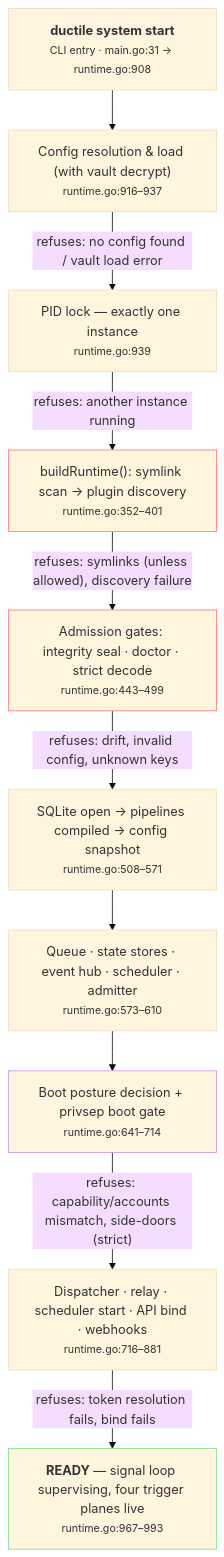
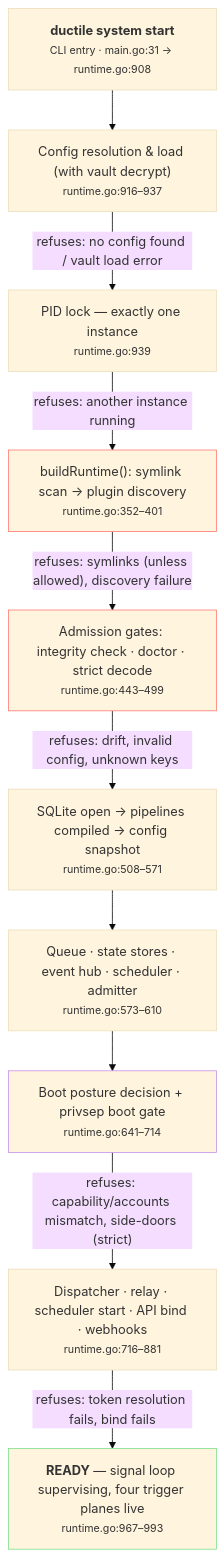
The diagram in docs/tutorials/boot-sequence.md (mattjoyce/ductile), drawn with Mermaid (base theme) before and after one commit. The commit also changed other lines of this file and 10 other files, not shown here.

````diff
--- a/docs/tutorials/boot-sequence.md
+++ b/docs/tutorials/boot-sequence.md
@@ -21,28 +21,28 @@
 ```mermaid
 flowchart TD
     A["<b>ductile system start</b><br/><small>CLI entry · main.go:31 → runtime.go:908</small>"]
     B["Config resolution & load (with vault decrypt)<br/><small>runtime.go:916–937</small>"]
     C["PID lock — exactly one instance<br/><small>runtime.go:939</small>"]
     D["buildRuntime(): symlink scan → plugin discovery<br/><small>runtime.go:352–401</small>"]
-    E["Admission gates: integrity seal · doctor · strict decode<br/><small>runtime.go:443–499</small>"]
+    E["Admission gates: integrity check · doctor · strict decode<br/><small>runtime.go:443–499</small>"]
     F["SQLite open → pipelines compiled → config snapshot<br/><small>runtime.go:508–571</small>"]
     G["Queue · state stores · event hub · scheduler · admitter<br/><small>runtime.go:573–610</small>"]
     H["Boot posture decision + privsep boot gate<br/><small>runtime.go:641–714</small>"]
     I["Dispatcher · relay · scheduler start · API bind · webhooks<br/><small>runtime.go:716–881</small>"]
     J["<b>READY</b> — signal loop supervising, four trigger planes live<br/><small>runtime.go:967–993</small>"]
 
     A --> B
     B -->|"refuses: no config found / vault load error"| C
     C -->|"refuses: another instance running"| D
     D -->|"refuses: symlinks (unless allowed), discovery failure"| E
     E -->|"refuses: drift, invalid config, unknown keys"| F
     F --> G
     G --> H
     H -->|"refuses: capability/accounts mismatch, side-doors (strict)"| I
     I -->|"refuses: token resolution fails, bind fails"| J
 
     style D stroke:#ff7b72
     style E stroke:#ff7b72
     style H stroke:#c792ea
     style J stroke:#7ee08a
 ```
````
